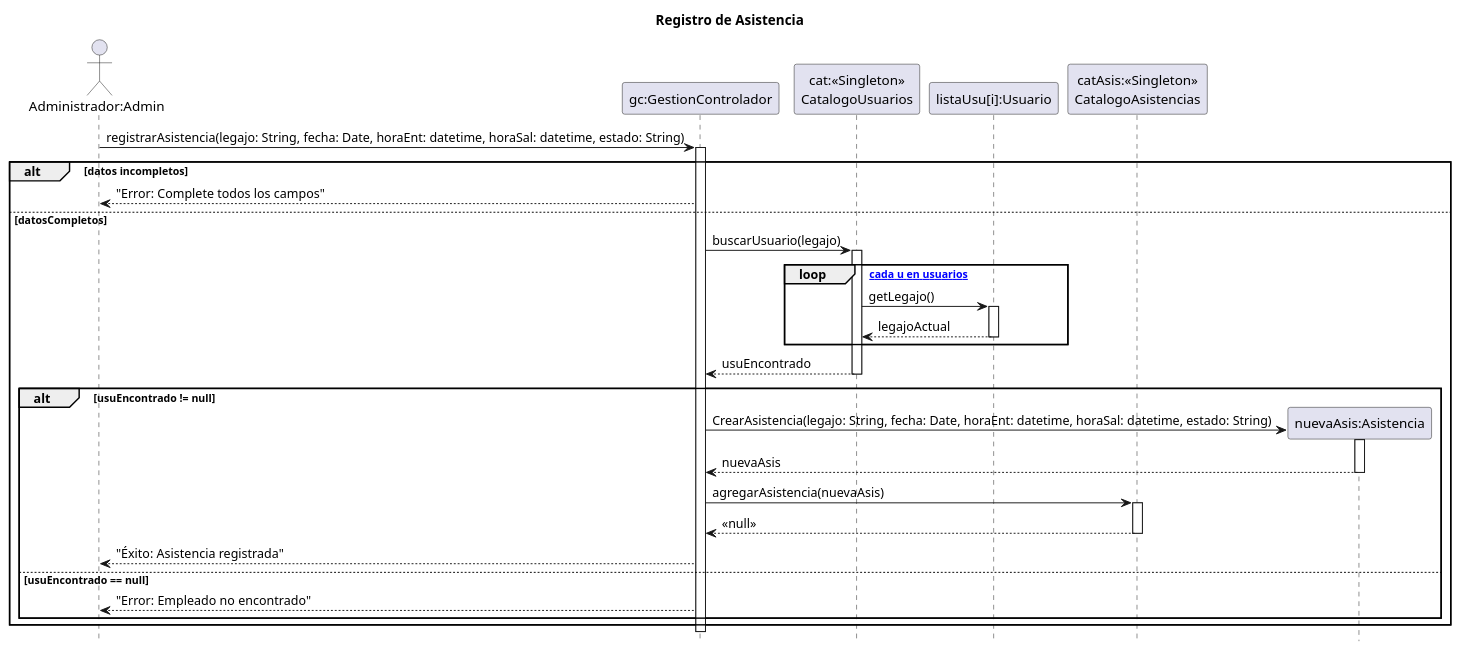
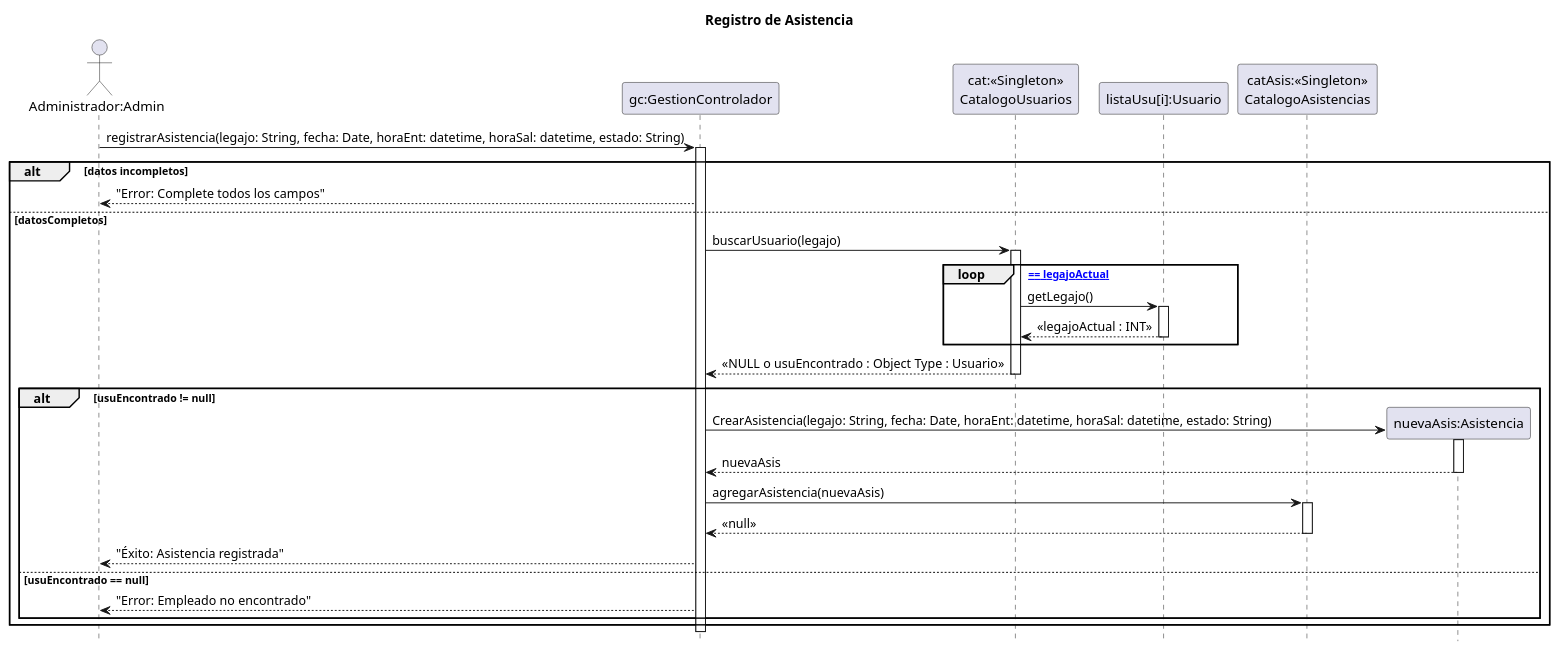
One commit to zEzequR/PF-I changed the diagram in 08 - Diagramas de Secuencia de Diseño/AsistenciaEmpleados/asistenciaEmpleados.puml. Above: the diagram before and after it, drawn with PlantUML. The commit also changed 15 other files, not shown here.

```diff
--- a/08 - Diagramas de Secuencia de Diseño/AsistenciaEmpleados/asistenciaEmpleados.puml
+++ b/08 - Diagramas de Secuencia de Diseño/AsistenciaEmpleados/asistenciaEmpleados.puml
@@ -1,53 +1,53 @@
 @startuml
 title Registro de Asistencia
 
 hide footbox
 
 actor "Administrador:Admin" as admin
 participant "gc:GestionControlador" as ctrl
 participant "cat:<<Singleton>>\nCatalogoUsuarios" as cat
 participant "listaUsu[i]:Usuario" as item
 participant "catAsis:<<Singleton>>\nCatalogoAsistencias" as cat_asis
 
 admin -> ctrl : registrarAsistencia(legajo: String, fecha: Date, horaEnt: datetime, horaSal: datetime, estado: String)
 activate ctrl
 
 alt datos incompletos
     ctrl --> admin : "Error: Complete todos los campos"
 else datosCompletos
     
     ctrl -> cat : buscarUsuario(legajo)
     activate cat
     
-    loop [para cada u en usuarios]
+    loop [legajo == legajoActual]
         cat -> item : getLegajo()
         activate item
-        item --> cat : legajoActual
+        item --> cat : << legajoActual : INT >>
         deactivate item
     end
     
-    cat --> ctrl : usuEncontrado
+    cat --> ctrl : << NULL o usuEncontrado : Object Type : Usuario >>
     deactivate cat
     
     alt usuEncontrado != null
         
         create participant "nuevaAsis:Asistencia" as nueva_asis
         ctrl -> nueva_asis : CrearAsistencia(legajo: String, fecha: Date, horaEnt: datetime, horaSal: datetime, estado: String)
         activate nueva_asis
         nueva_asis --> ctrl : nuevaAsis
         deactivate nueva_asis
 
         ctrl -> cat_asis : agregarAsistencia(nuevaAsis)
         activate cat_asis
         cat_asis --> ctrl : << null >> 
         deactivate cat_asis
         
         ctrl --> admin : "Éxito: Asistencia registrada"
 
     else usuEncontrado == null
         ctrl --> admin : "Error: Empleado no encontrado"
     end
 end
 
 deactivate ctrl
 @enduml
```
